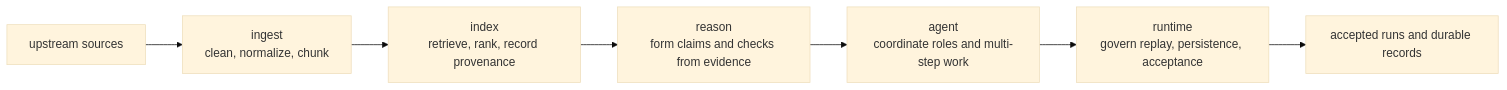
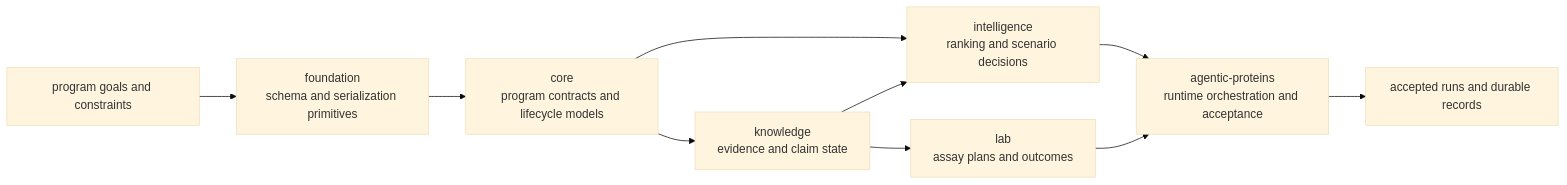
One commit to bijux/bijux-proteomics changed the diagram in docs/bijux-proteomics/platform-overview.md. Above: the diagram before and after it, drawn with Mermaid (base theme). The commit also changed other lines of this file and 2 other files, not shown here.

````diff
--- a/docs/bijux-proteomics/platform-overview.md
+++ b/docs/bijux-proteomics/platform-overview.md
@@ -18,9 +18,12 @@
 ```mermaid
 flowchart LR
-    sources["upstream sources"] --> ingest["ingest<br/>clean, normalize, chunk"]
-    ingest --> index["index<br/>retrieve, rank, record provenance"]
-    index --> reason["reason<br/>form claims and checks from evidence"]
-    reason --> agent["agent<br/>coordinate roles and multi-step work"]
-    agent --> runtime["runtime<br/>govern replay, persistence, acceptance"]
+    sources["program goals and constraints"] --> foundation["foundation<br/>schema and serialization primitives"]
+    foundation --> core["core<br/>program contracts and lifecycle models"]
+    core --> knowledge["knowledge<br/>evidence and claim state"]
+    core --> intelligence["intelligence<br/>ranking and scenario decisions"]
+    knowledge --> intelligence
+    knowledge --> lab["lab<br/>assay plans and outcomes"]
+    intelligence --> runtime["agentic-proteins<br/>runtime orchestration and acceptance"]
+    lab --> runtime
     runtime --> records["accepted runs and durable records"]
 ```
````
